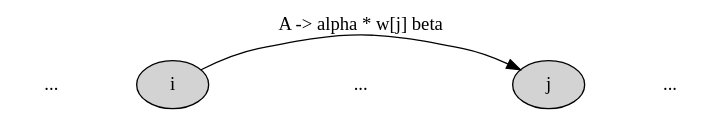
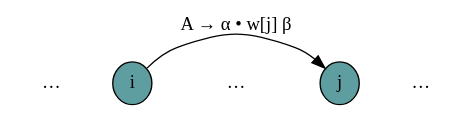
The diagram in images/chart_td_match1.dot (nltk/nltk_book), drawn with Graphviz before and after one commit. The commit also changed 22 other files, not shown here.

```diff
--- a/images/chart_td_match1.dot
+++ b/images/chart_td_match1.dot
@@ -1,25 +1,27 @@
 digraph x {
    rankdir=LR;
+   ranksep=0.25;
    
    /* The nodes */
    {
-       node [style=filled, color=black, fillcolor=lightgray];
+       node [style=filled,height=0.1,width=0.1,fillcolor=cadetblue];
        1 [label="i"];
        2 [label="j"];
    }
 
    /* The sentence */
    {
        edge [style=invis, weight=100];
        node [shape=plaintext];
        dots1->1->dots2->2->dots3;
-       dots1 [label="..."];
-       dots2 [label="..."];
-       dots3 [label="..."];
+       dots1 [label="&hellip;"];
+       dots2 [label="&hellip;"];
+       dots3 [label="&hellip;"];
    }
    
    /* Edges */
    {
-       1->2 [label="A -> alpha * w[j] beta"];
+       edge [fontname=LucidaGrande];
+       1->2 [label="A &rarr; &alpha; &bull; w[j] &beta;"];
    }
 }
```
